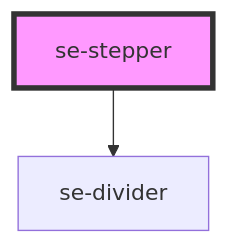
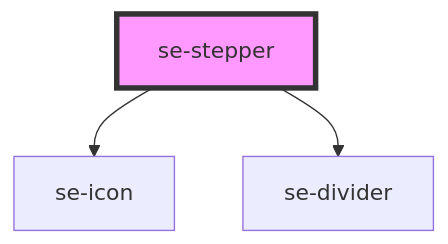
One commit to robbiemcmullense/se-web-ui changed the diagram in libs/core/src/components/stepper/readme.md. Above: the diagram before and after it, drawn with Mermaid. The commit also changed other lines of this file and 27 other files, not shown here.

````diff
--- a/libs/core/src/components/stepper/readme.md
+++ b/libs/core/src/components/stepper/readme.md
@@ -67,5 +68,6 @@
 ```mermaid
 graph TD;
+  se-stepper --> se-icon
   se-stepper --> se-divider
   style se-stepper fill:#f9f,stroke:#333,stroke-width:4px
 ```
````
